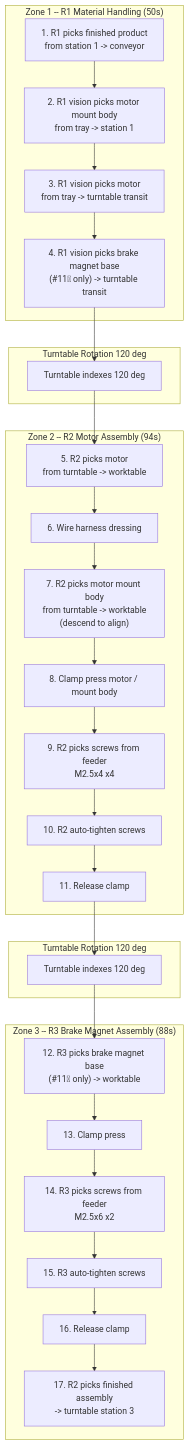
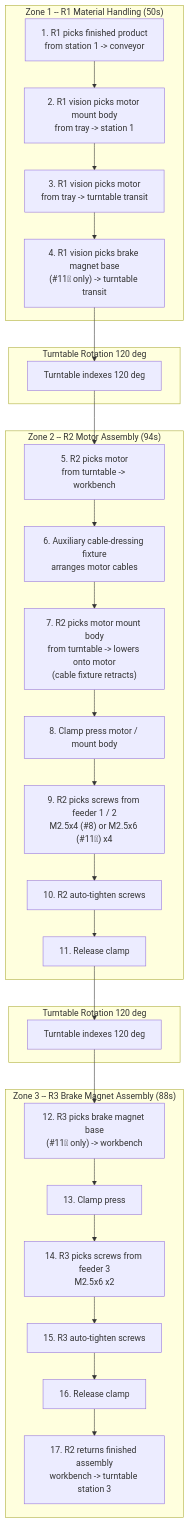
Before and after one commit to Rongxuan-Zhou/multi-robot-assembly-cell: the second of 2 diagrams in README.md, drawn with Mermaid. The commit also changed other lines of this file and 22 other files, not shown here.

````diff
--- a/README.md
+++ b/README.md
@@ -146,42 +164,42 @@
 ```mermaid
 flowchart TD
     subgraph ZONE1["Zone 1 -- R1 Material Handling (50s)"]
         S1["1. R1 picks finished product<br/>from station 1 -> conveyor"]
         S2["2. R1 vision picks motor mount body<br/>from tray -> station 1"]
         S3["3. R1 vision picks motor<br/>from tray -> turntable transit"]
         S4["4. R1 vision picks brake magnet base<br/>(#11&#18 only) -> turntable transit"]
     end
 
     subgraph ROT1["Turntable Rotation 120 deg"]
         TR1["Turntable indexes 120 deg"]
     end
 
     subgraph ZONE2["Zone 2 -- R2 Motor Assembly (94s)"]
-        S5["5. R2 picks motor<br/>from turntable -> worktable"]
-        S6["6. Wire harness dressing"]
-        S7["7. R2 picks motor mount body<br/>from turntable -> worktable<br/>(descend to align)"]
+        S5["5. R2 picks motor<br/>from turntable -> workbench"]
+        S6["6. Auxiliary cable-dressing fixture<br/>arranges motor cables"]
+        S7["7. R2 picks motor mount body<br/>from turntable -> lowers onto motor<br/>(cable fixture retracts)"]
         S8["8. Clamp press motor / mount body"]
-        S9["9. R2 picks screws from feeder<br/>M2.5x4 x4"]
+        S9["9. R2 picks screws from feeder 1 / 2<br/>M2.5x4 (#8) or M2.5x6 (#11&#18) x4"]
         S10["10. R2 auto-tighten screws"]
         S11["11. Release clamp"]
     end
 
     subgraph ROT2["Turntable Rotation 120 deg"]
         TR2["Turntable indexes 120 deg"]
     end
 
     subgraph ZONE3["Zone 3 -- R3 Brake Magnet Assembly (88s)"]
-        S12["12. R3 picks brake magnet base<br/>(#11&#18 only) -> worktable"]
+        S12["12. R3 picks brake magnet base<br/>(#11&#18 only) -> workbench"]
         S13["13. Clamp press"]
-        S14["14. R3 picks screws from feeder<br/>M2.5x6 x2"]
+        S14["14. R3 picks screws from feeder 3<br/>M2.5x6 x2"]
         S15["15. R3 auto-tighten screws"]
         S16["16. Release clamp"]
-        S17["17. R2 picks finished assembly<br/>-> turntable station 3"]
+        S17["17. R2 returns finished assembly<br/>workbench -> turntable station 3"]
     end
 
     S1 --> S2 --> S3 --> S4
     S4 --> TR1
     TR1 --> S5 --> S6 --> S7 --> S8 --> S9 --> S10 --> S11
     S11 --> TR2
     TR2 --> S12 --> S13 --> S14 --> S15 --> S16 --> S17
 ```
````
